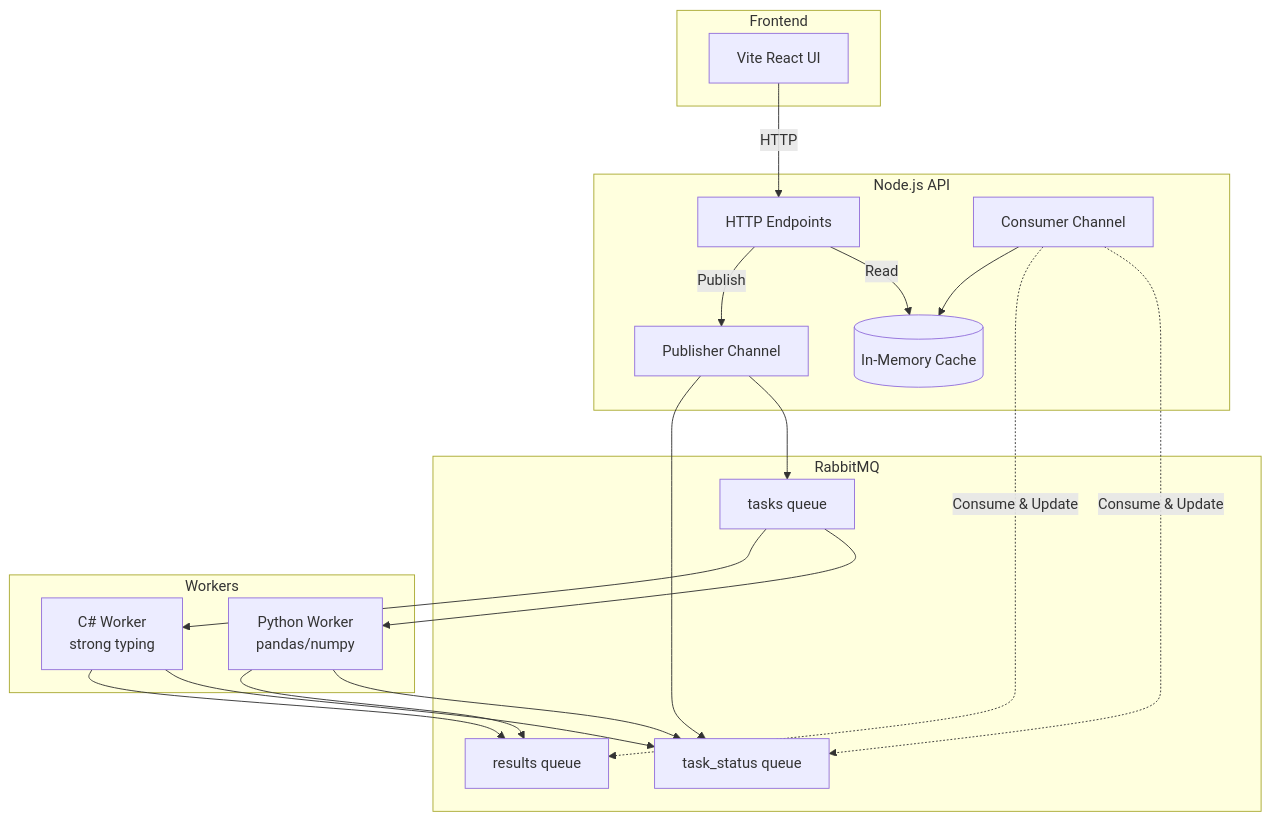
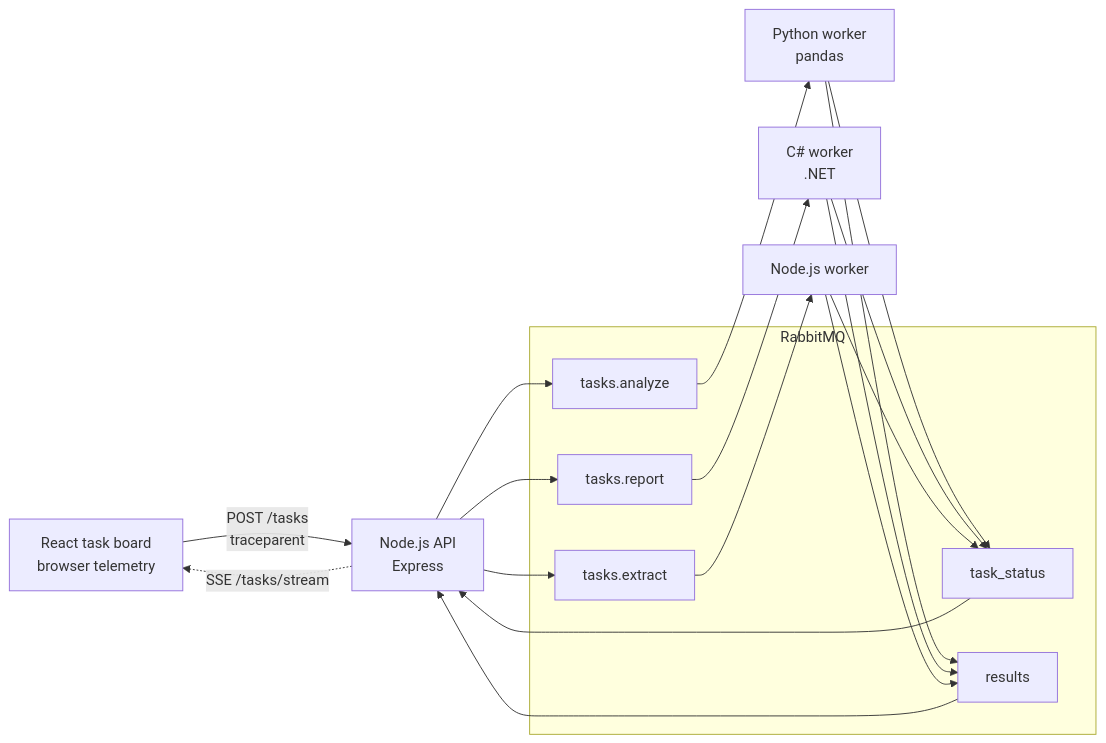
Before and after one commit to microsoft/aspire-samples: the diagram in samples/polyglot-task-queue/README.md, drawn with Mermaid. The commit also changed other lines of this file and 58 other files, not shown here.

````diff
--- a/samples/polyglot-task-queue/README.md
+++ b/samples/polyglot-task-queue/README.md
@@ -10,39 +12,21 @@
 ```mermaid
-graph TB
-    subgraph Frontend
-        UI[Vite React UI]
+graph LR
+    UI[React task board<br/>browser telemetry] -->|POST /tasks<br/>traceparent| API[Node.js API<br/>Express]
+    API -.->|SSE /tasks/stream| UI
+
+    subgraph RabbitMQ
+        QA[tasks.analyze]
+        QR[tasks.report]
+        QE[tasks.extract]
+        STATUS[task_status]
+        RESULTS[results]
     end
 
-    subgraph "Node.js API"
-        HTTP[HTTP Endpoints]
-        Cache[(In-Memory Cache)]
-        PubChan[Publisher Channel]
-        ConsChan[Consumer Channel]
-    end
-
-    subgraph RabbitMQ
-        TasksQ[tasks queue]
-        StatusQ[task_status queue]
-        ResultsQ[results queue]
-    end
-
-    subgraph Workers
-        PythonW[Python Worker<br/>pandas/numpy]
-        CSharpW[C# Worker<br/>strong typing]
-    end
-
-    UI -->|HTTP| HTTP
-    HTTP -->|Read| Cache
-    HTTP -->|Publish| PubChan
-    PubChan --> TasksQ
-    PubChan --> StatusQ
-    ConsChan -.->|Consume & Update| StatusQ
-    ConsChan -.->|Consume & Update| ResultsQ
-    ConsChan --> Cache
-    TasksQ --> PythonW
-    TasksQ --> CSharpW
-    PythonW --> StatusQ
-    PythonW --> ResultsQ
-    CSharpW --> StatusQ
-    CSharpW --> ResultsQ
+    API --> QA --> PY[Python worker<br/>pandas]
+    API --> QR --> CS[C# worker<br/>.NET]
+    API --> QE --> NODE[Node.js worker]
+    PY & CS & NODE --> STATUS
+    PY & CS & NODE --> RESULTS
+    STATUS --> API
+    RESULTS --> API
 ```
````
